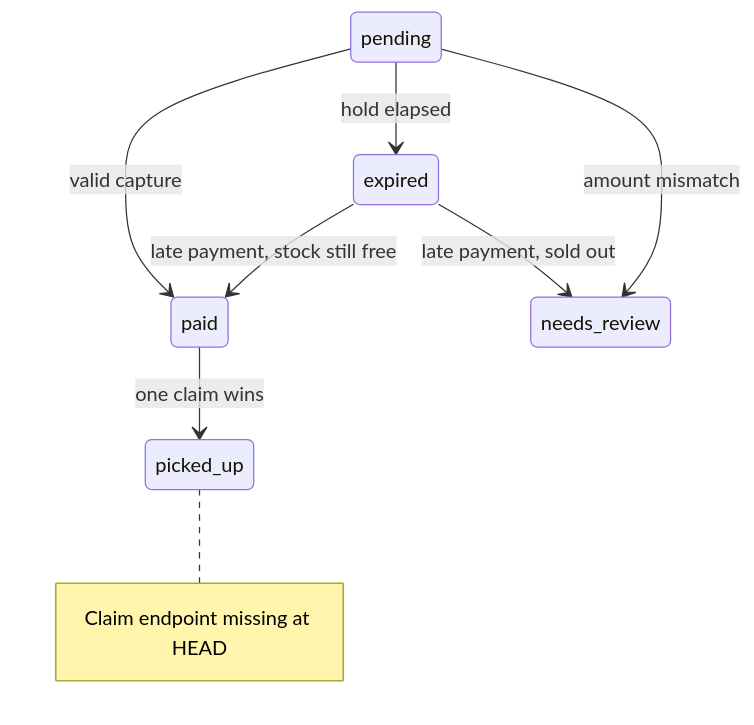
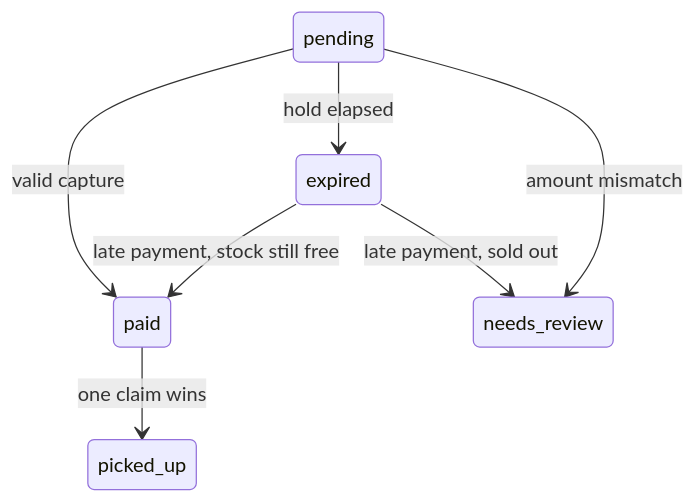
Before and after one commit to ar-ease/assignmentProject: the second of 2 diagrams in README.md, drawn with Mermaid. The commit also changed other lines of this file and 7 other files, not shown here.

````diff
--- a/README.md
+++ b/README.md
@@ -165,12 +127,9 @@
 ```mermaid
 stateDiagram-v2
     pending --> paid: valid capture
     pending --> expired: hold elapsed
     pending --> needs_review: amount mismatch
     expired --> paid: late payment, stock still free
     expired --> needs_review: late payment, sold out
     paid --> picked_up: one claim wins
-    note right of picked_up
-        Claim endpoint missing at HEAD
-    end note
 ```
````
